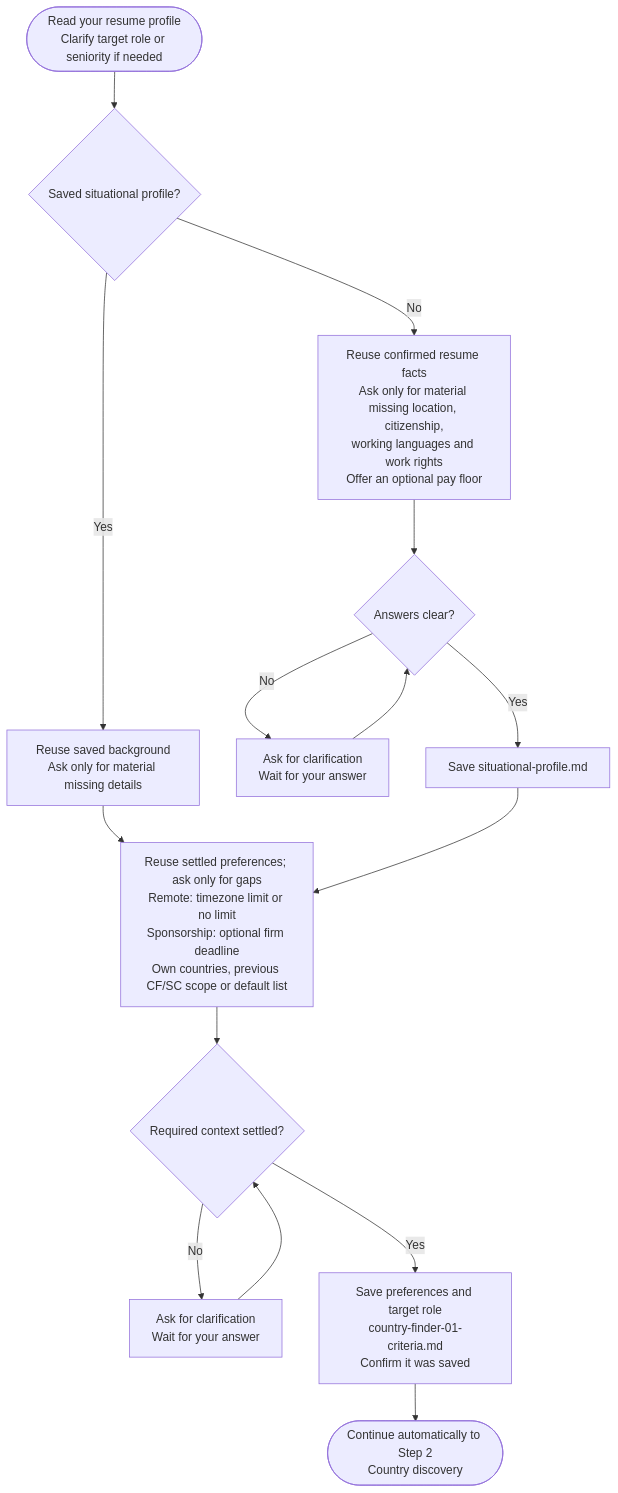
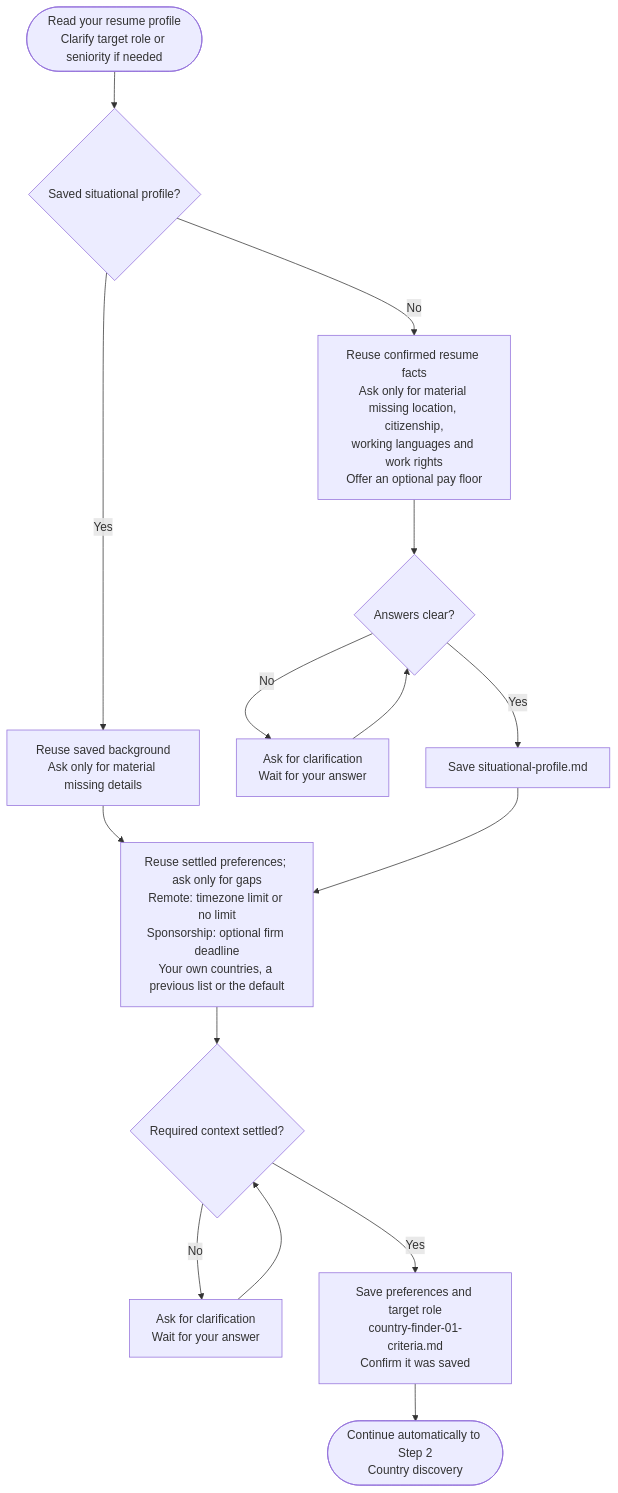
One commit to myowinthein/agent-compass changed the diagram in docs/commands/country-finder/step1-criteria-intake/detailed.md. Above: the diagram before and after it, drawn with Mermaid. The commit also changed other lines of this file and 10 other files, not shown here.

````diff
--- a/docs/commands/country-finder/step1-criteria-intake/detailed.md
+++ b/docs/commands/country-finder/step1-criteria-intake/detailed.md
@@ -25,18 +25,18 @@
 ```mermaid
 flowchart TD
   Start(["Read your resume profile<br/>Clarify target role or seniority if needed"]) --> Existing{"Saved situational profile?"}
   Existing -->|Yes| Reuse["Reuse saved background<br/>Ask only for material missing details"]
   Existing -->|No| Background["Reuse confirmed resume facts<br/>Ask only for material missing location, citizenship,<br/>working languages and work rights<br/>Offer an optional pay floor"]
   Background --> BackgroundClear{"Answers clear?"}
   BackgroundClear -->|No| ClarifyBackground["Ask for clarification<br/>Wait for your answer"]
   ClarifyBackground --> BackgroundClear
   BackgroundClear -->|Yes| SaveBackground["Save situational-profile.md"]
 
-  Reuse --> Criteria["Reuse settled preferences; ask only for gaps<br/>Remote: timezone limit or no limit<br/>Sponsorship: optional firm deadline<br/>Own countries, previous CF/SC scope or default list"]
+  Reuse --> Criteria["Reuse settled preferences; ask only for gaps<br/>Remote: timezone limit or no limit<br/>Sponsorship: optional firm deadline<br/>Your own countries, a previous list or the default"]
   SaveBackground --> Criteria
   Criteria --> CriteriaClear{"Required context settled?"}
   CriteriaClear -->|No| ClarifyCriteria["Ask for clarification<br/>Wait for your answer"]
   ClarifyCriteria --> CriteriaClear
   CriteriaClear -->|Yes| Save["Save preferences and target role<br/>country-finder-01-criteria.md<br/>Confirm it was saved"]
   Save --> Continue(["Continue automatically to Step 2<br/>Country discovery"])
 ```
````
